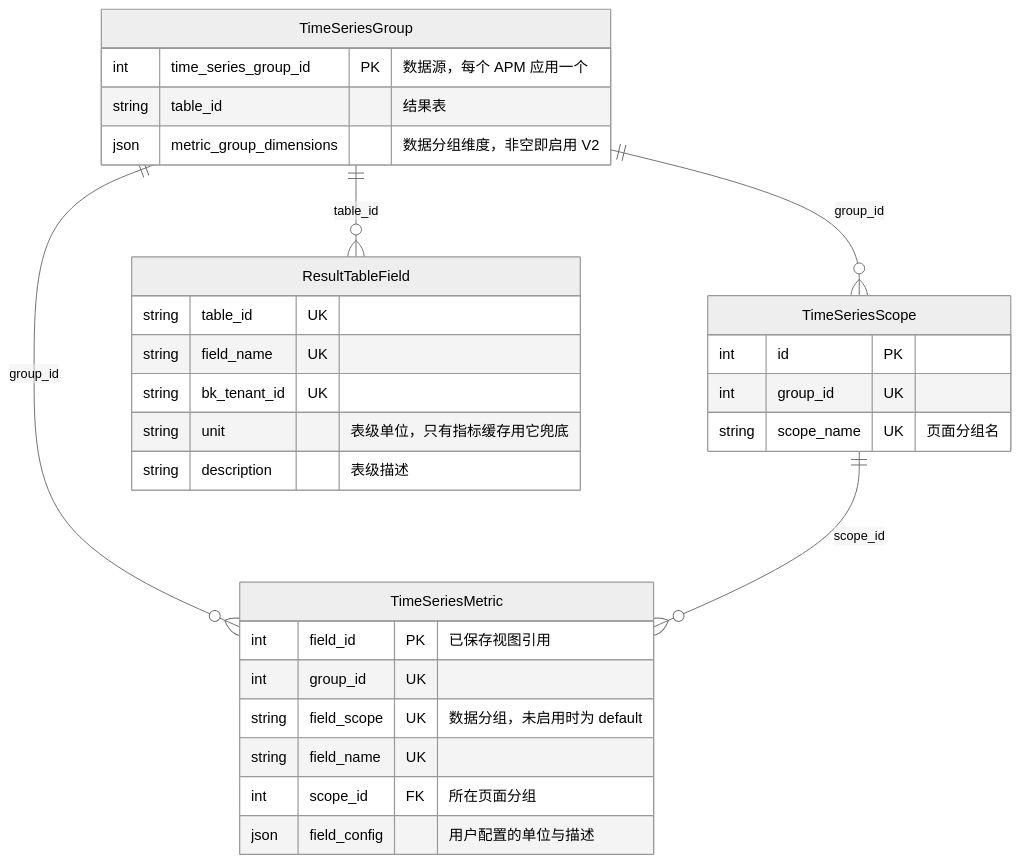
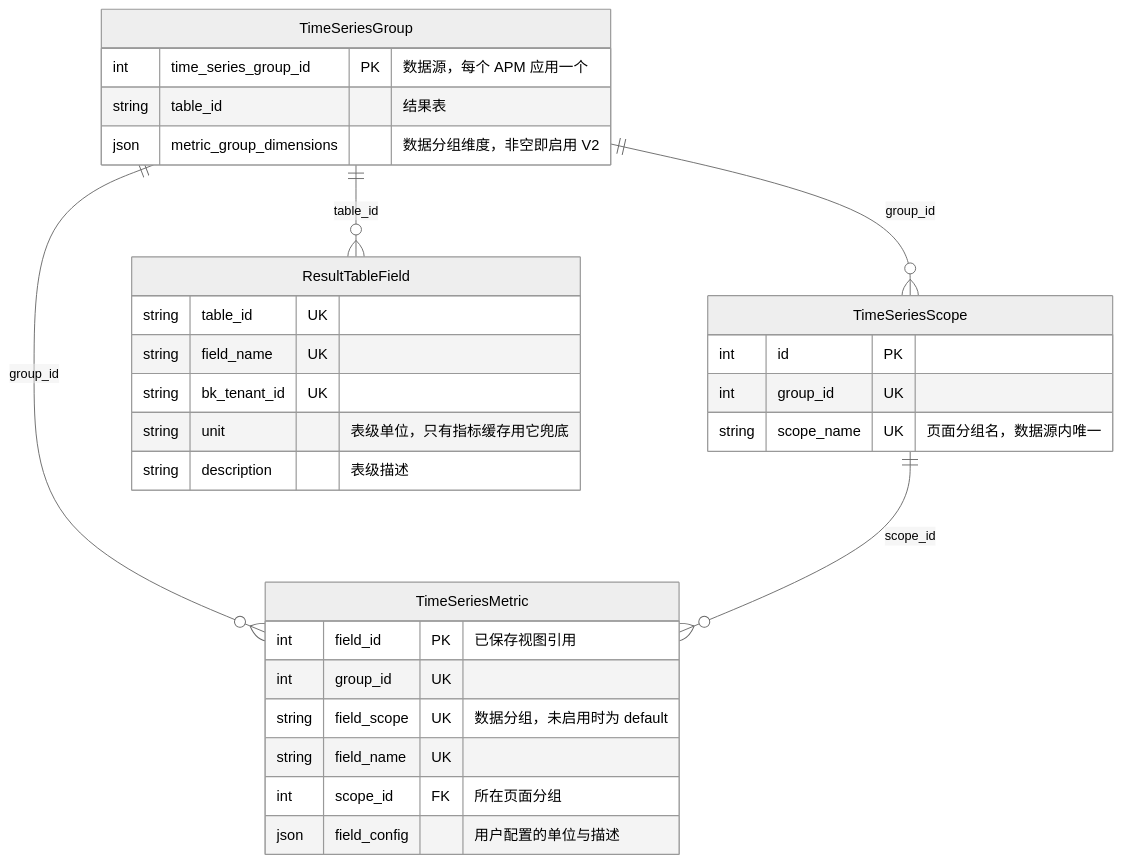
The third of 28 diagrams in knowledge/bkmonitor/issues/2026-09-15-custom-metric-metadata/PLAN.md (ZhuoZhuoCrayon/ai-workspace), drawn with Mermaid (neutral theme) before and after one commit. The commit also changed other lines of this file and 12 other files, not shown here.

````diff
--- a/knowledge/bkmonitor/issues/2026-09-15-custom-metric-metadata/PLAN.md
+++ b/knowledge/bkmonitor/issues/2026-09-15-custom-metric-metadata/PLAN.md
@@ -96,32 +244,32 @@
 ```mermaid
 erDiagram
     TimeSeriesGroup ||--o{ TimeSeriesScope : "group_id"
     TimeSeriesGroup ||--o{ TimeSeriesMetric : "group_id"
     TimeSeriesScope ||--o{ TimeSeriesMetric : "scope_id"
     TimeSeriesGroup ||--o{ ResultTableField : "table_id"
     TimeSeriesGroup {
         int time_series_group_id PK "数据源，每个 APM 应用一个"
         string table_id "结果表"
         json metric_group_dimensions "数据分组维度，非空即启用 V2"
     }
     TimeSeriesScope {
         int id PK
         int group_id UK
-        string scope_name UK "页面分组名"
+        string scope_name UK "页面分组名，数据源内唯一"
     }
     TimeSeriesMetric {
         int field_id PK "已保存视图引用"
         int group_id UK
         string field_scope UK "数据分组，未启用时为 default"
         string field_name UK
         int scope_id FK "所在页面分组"
         json field_config "用户配置的单位与描述"
     }
     ResultTableField {
         string table_id UK
         string field_name UK
         string bk_tenant_id UK
         string unit "表级单位，只有指标缓存用它兜底"
         string description "表级描述"
     }
 ```
````
